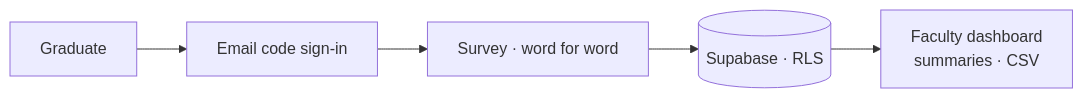
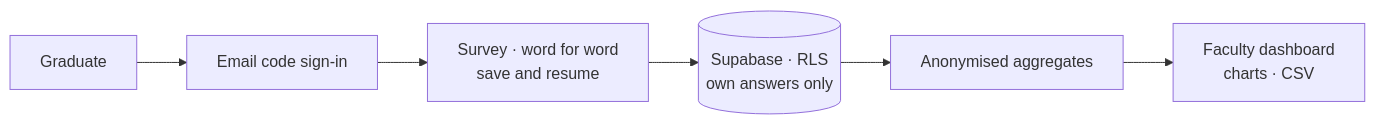
One commit to kutluhangil/Mezun-Takip-Sistemi changed the diagram in README.md. Above: the diagram before and after it, drawn with Mermaid. The commit also changed other lines of this file and 3 other files, not shown here.

````diff
--- a/README.md
+++ b/README.md
@@ -36,7 +42,8 @@
 ```mermaid
 flowchart LR
   G[Graduate] --> OTP[Email code sign-in]
-  OTP --> S[Survey · word for word]
-  S --> DB[(Supabase · RLS)]
-  DB --> F[Faculty dashboard<br/>summaries · CSV]
+  OTP --> S[Survey · word for word<br/>save and resume]
+  S --> DB[(Supabase · RLS<br/>own answers only)]
+  DB --> AGG[Anonymised aggregates]
+  AGG --> F[Faculty dashboard<br/>charts · CSV]
 ```
````
